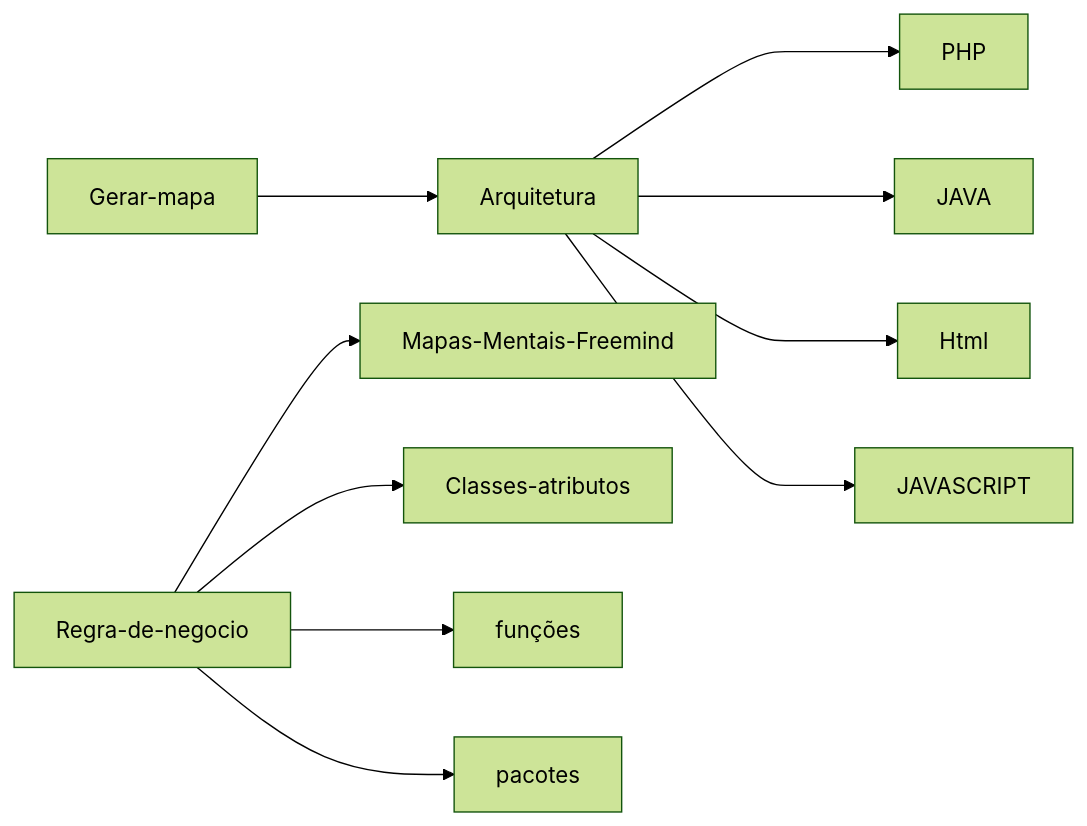
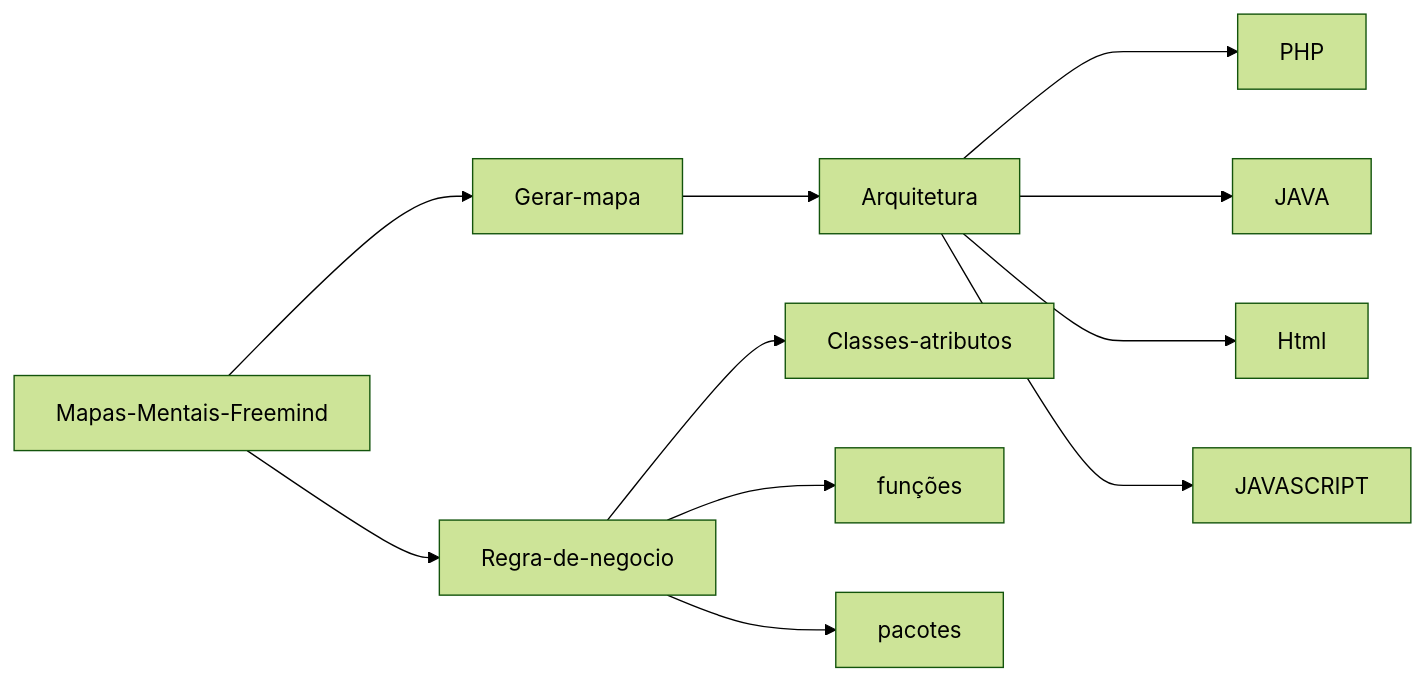
One commit to HamiltonVentura/MapperIdea changed the first of 2 diagrams in Readme.md. Above: the diagram before and after it, drawn with Mermaid (forest theme).

````diff
--- a/Readme.md
+++ b/Readme.md
@@ -49,12 +49,13 @@
 ```mermaid
 flowchart LR
     Gerar-mapa --> Arquitetura  
-    Regra-de-negocio --> Mapas-Mentais-Freemind;
+    Mapas-Mentais-Freemind -->Regra-de-negocio;
+    Mapas-Mentais-Freemind --> Gerar-mapa;
     Regra-de-negocio --> Classes-atributos;
     Regra-de-negocio --> funções;
     Regra-de-negocio --> pacotes;
     Arquitetura --->PHP;
     Arquitetura --->JAVA;
     Arquitetura --->Html;
     Arquitetura --->JAVASCRIPT;     
 ```
````
